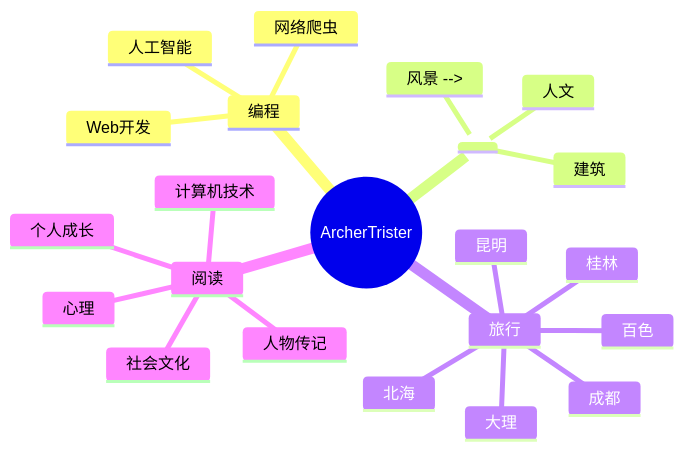
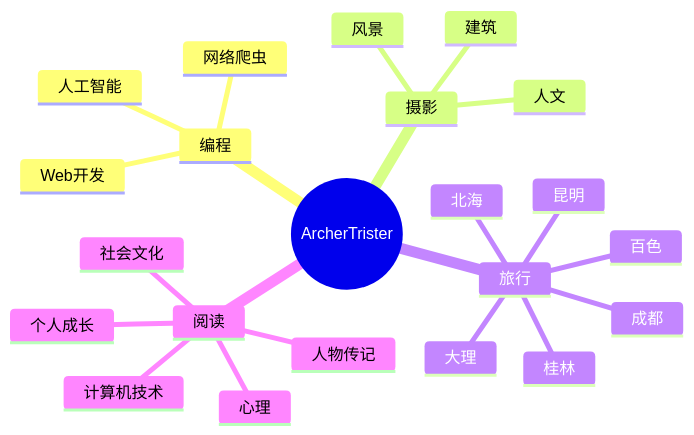
The diagram in README.md (ArcherTrister/ArcherTrister), drawn with Mermaid before and after one commit. The commit also changed other lines of this file, not shown here.

````diff
--- a/README.md
+++ b/README.md
@@ -203,25 +212,25 @@
 ```mermaid
 mindmap
   root((ArcherTrister))
     编程
       Web开发
       网络爬虫
       人工智能
-    <!-- 摄影
+    摄影
       人文
       建筑
-      风景 -->
+      风景
     旅行
       成都
       桂林
       北海
       百色
       昆明
       大理
     阅读
       人物传记
       个人成长
       社会文化
       心理
       计算机技术
 ```
````
